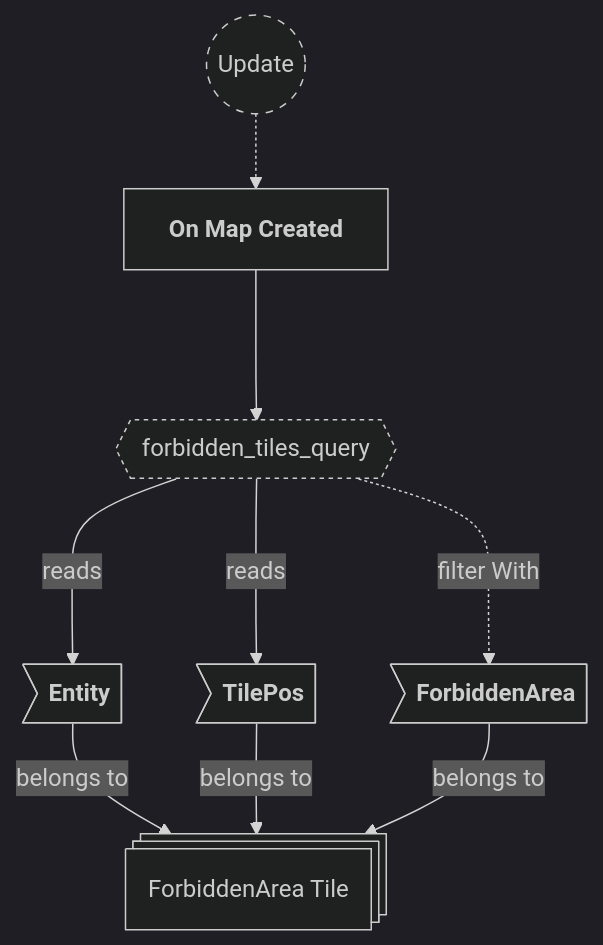
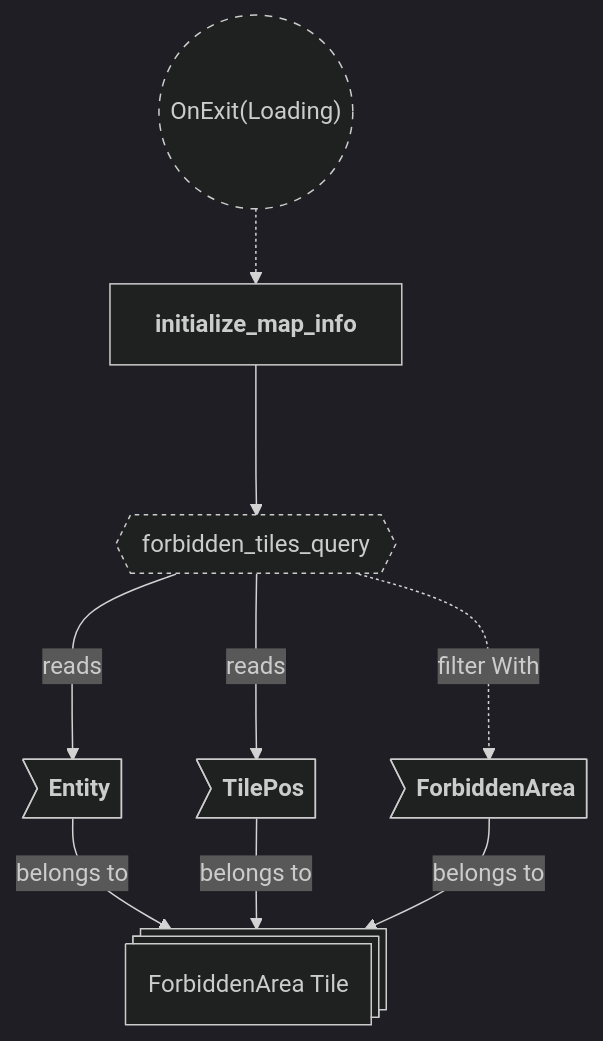
The third of 10 diagrams in backlog/docs/doc-3 - 001-Maps-plugin.md (neurosoup/tyled), drawn with Mermaid before and after one commit. The commit also changed other lines of this file and 9 other files, not shown here.

````diff
--- a/backlog/docs/doc-3 - 001-Maps-plugin.md
+++ b/backlog/docs/doc-3 - 001-Maps-plugin.md
@@ -179,28 +148,28 @@
 ```mermaid
 ---
 config:
   theme: dark
 ---
 
 flowchart TD
 classDef system-group stroke-dasharray: 5 5
 classDef query stroke-dasharray: 3 3
 
-update(("`Update`")):::system-group
-on_map_created["`**On Map Created**`"]
+on_exit_loading(("`OnExit(Loading)`")):::system-group
+initialize_map_info["`**initialize_map_info**`"]
 
-update -.-> on_map_created
+on_exit_loading -.-> initialize_map_info
 
 forbidden_tiles_query{{"`forbidden_tiles_query`"}}:::query
-on_map_created ---> forbidden_tiles_query
+initialize_map_info ---> forbidden_tiles_query
 
 forbidden_entity@{ shape: st-rect, label: "ForbiddenArea Tile" }
 
 ft_entity>"`**Entity**`"] --> |belongs to| forbidden_entity
 ft_tile_pos>"`**TilePos**`"] --> |belongs to| forbidden_entity
 ft_forbidden>"`**ForbiddenArea**`"] --> |belongs to| forbidden_entity
 
 forbidden_tiles_query ---> |reads| ft_entity
 forbidden_tiles_query ---> |reads| ft_tile_pos
 forbidden_tiles_query -..-> |filter With| ft_forbidden
 ```
````
